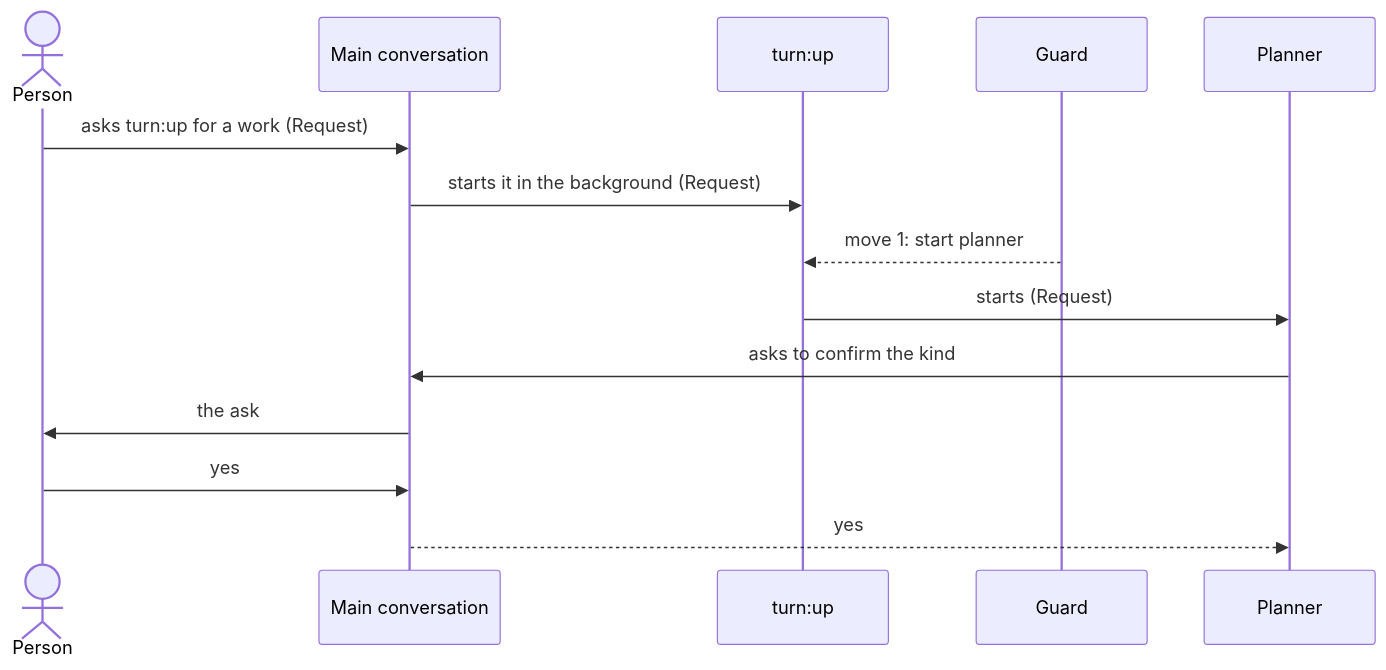
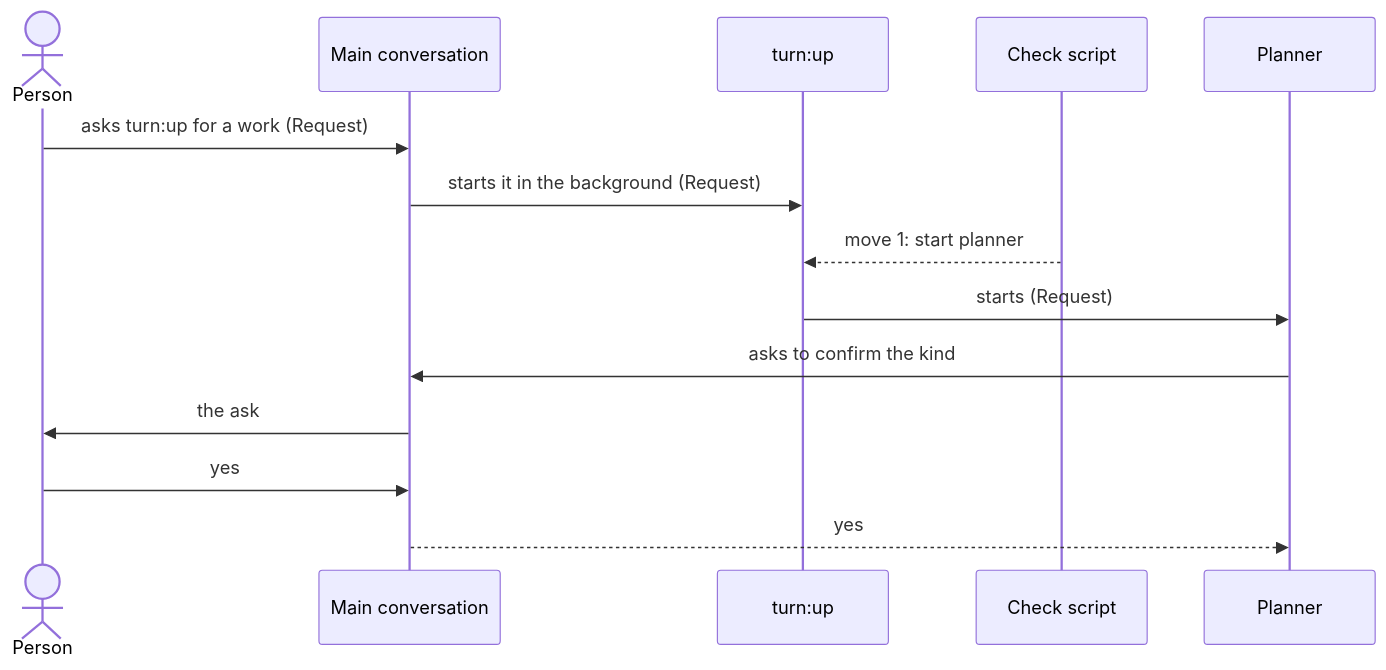
The first of 5 diagrams in dev/turn/architecture.md (lovaizu/ccpm), drawn with Mermaid before and after one commit. The commit also changed other lines of this file and 6 other files, not shown here.

First line of the commit message:
turn's architecture checked against a design tree settled by turn-rebuild.md; its deployment drawn where its text says

````diff
--- a/dev/turn/architecture.md
+++ b/dev/turn/architecture.md
@@ -163,16 +163,16 @@
 ```mermaid
 sequenceDiagram
   actor P as Person
   participant M as Main conversation
   participant U as turn:up
-  participant G as Guard
+  participant G as Check script
   participant PL as Planner
   P->>M: asks turn:up for a work (Request)
   M->>U: starts it in the background (Request)
   G-->>U: move 1: start planner
   U->>PL: starts (Request)
   PL->>M: asks to confirm the kind
   M->>P: the ask
   P->>M: yes
   M-->>PL: yes
 ```
````
